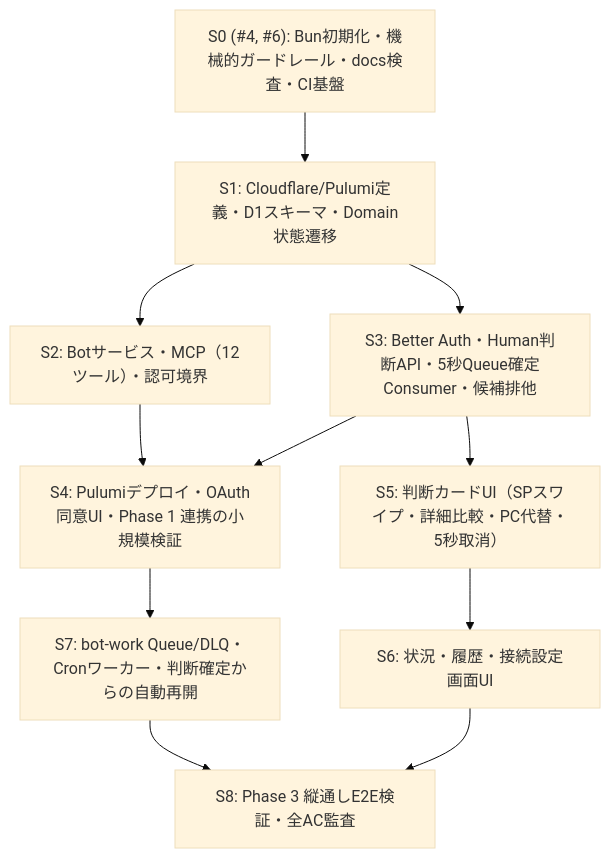
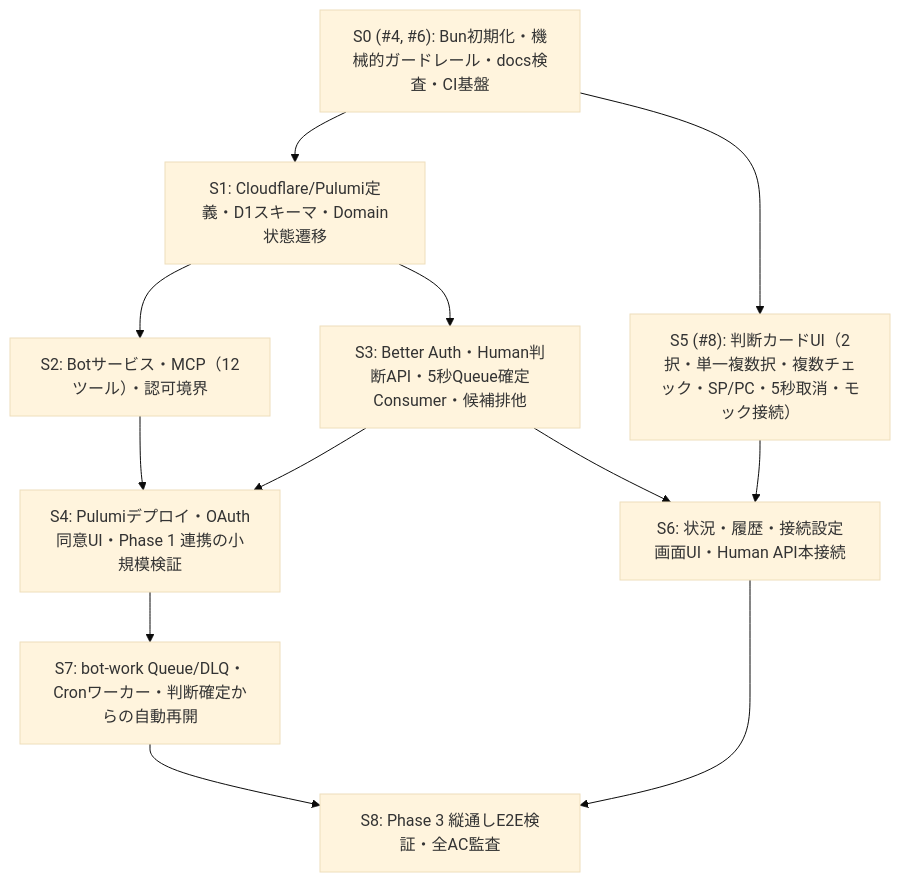
The diagram in docs/implementation-plan.md (kkyosuke/bot-board), drawn with Mermaid (base theme) before and after one commit. The commit also changed other lines of this file and 39 other files, not shown here.

First line of the commit message:
feat(s5): メイン判断カードUI（2択・単一複数択・複数チェック・5秒取消・E2E） (#9)

````diff
--- a/docs/implementation-plan.md
+++ b/docs/implementation-plan.md
@@ -9,13 +9,14 @@
 ```mermaid
 flowchart TD
   S0["S0 (#4, #6): Bun初期化・機械的ガードレール・docs検査・CI基盤"] --> S1["S1: Cloudflare/Pulumi定義・D1スキーマ・Domain状態遷移"]
+  S0 --> S5["S5 (#8): 判断カードUI（2択・単一複数択・複数チェック・SP/PC・5秒取消・モック接続）"]
   S1 --> S2["S2: Botサービス・MCP（12ツール）・認可境界"]
   S1 --> S3["S3: Better Auth・Human判断API・5秒Queue確定Consumer・候補排他"]
   S2 --> S4["S4: Pulumiデプロイ・OAuth同意UI・Phase 1 連携の小規模検証"]
   S3 --> S4
-  S3 --> S5["S5: 判断カードUI（SPスワイプ・詳細比較・PC代替・5秒取消）"]
-  S5 --> S6["S6: 状況・履歴・接続設定画面UI"]
+  S3 --> S6["S6: 状況・履歴・接続設定画面UI・Human API本接続"]
+  S5 --> S6
   S4 --> S7["S7: bot-work Queue/DLQ・Cronワーカー・判断確定からの自動再開"]
   S6 --> S8["S8: Phase 3 縦通しE2E検証・全AC監査"]
   S7 --> S8
 ```
````
